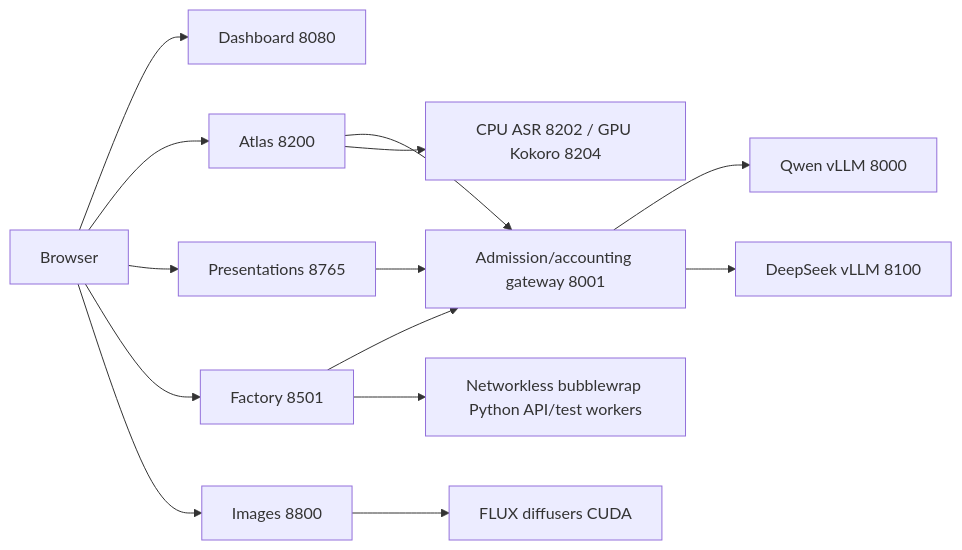
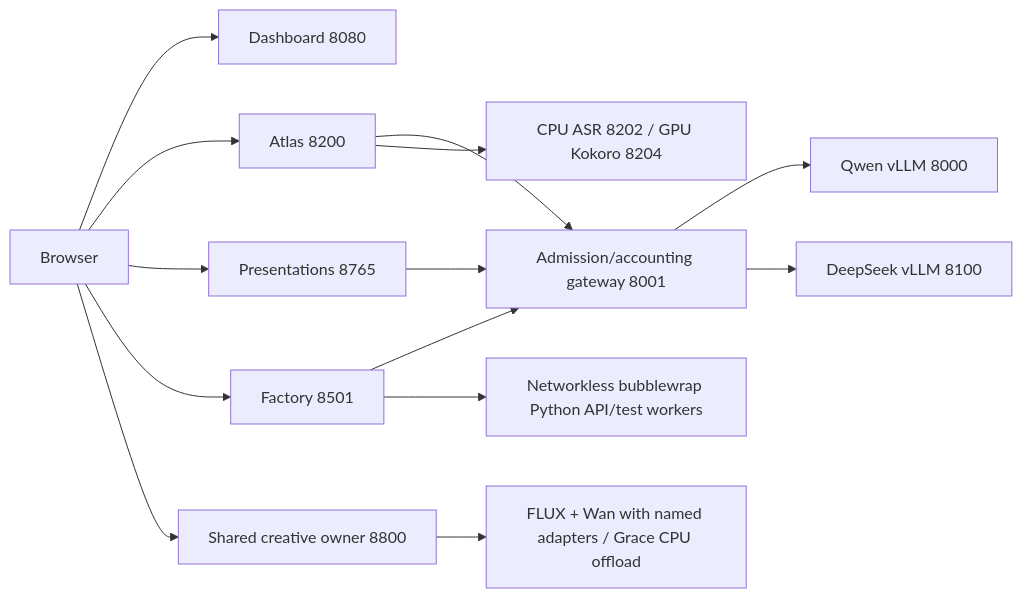
One commit to Navigatedhustle/hp-zgx-fury-showcase changed the diagram in docs/ARCHITECTURE.md. Above: the diagram before and after it, drawn with Mermaid. The commit also changed other lines of this file and 27 other files, not shown here.

````diff
--- a/docs/ARCHITECTURE.md
+++ b/docs/ARCHITECTURE.md
@@ -5,16 +5,16 @@
 ```mermaid
 flowchart LR
  B[Browser] --> O[Dashboard 8080]
  B --> A[Atlas 8200]
  B --> S[Presentations 8765]
  B --> F[Factory 8501]
- B --> I[Images 8800]
+ B --> I[Shared creative owner 8800]
  A --> G[Admission/accounting gateway 8001]
  S --> G
  F --> G
  G --> Q[Qwen vLLM 8000]
  G --> D[DeepSeek vLLM 8100]
- I --> X[FLUX diffusers CUDA]
+ I --> X[FLUX + Wan with named adapters / Grace CPU offload]
  A --> V[CPU ASR 8202 / GPU Kokoro 8204]
  F --> N[Networkless bubblewrap Python API/test workers]
 ```
````
